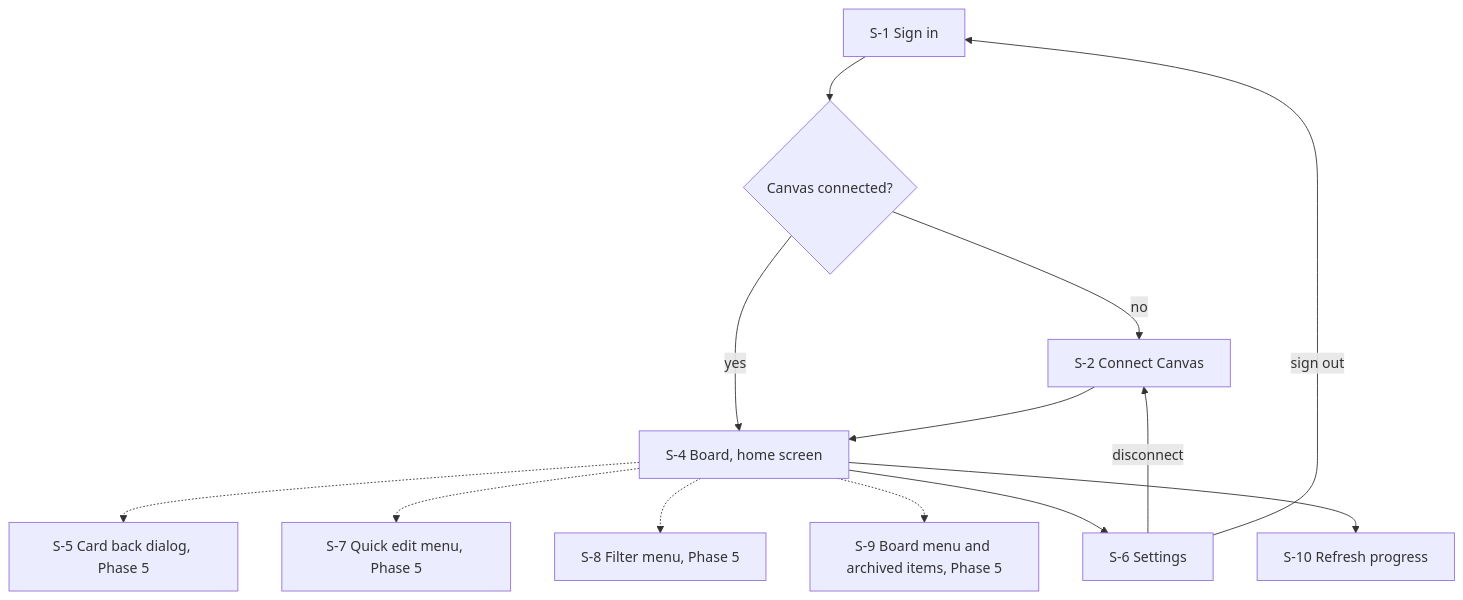
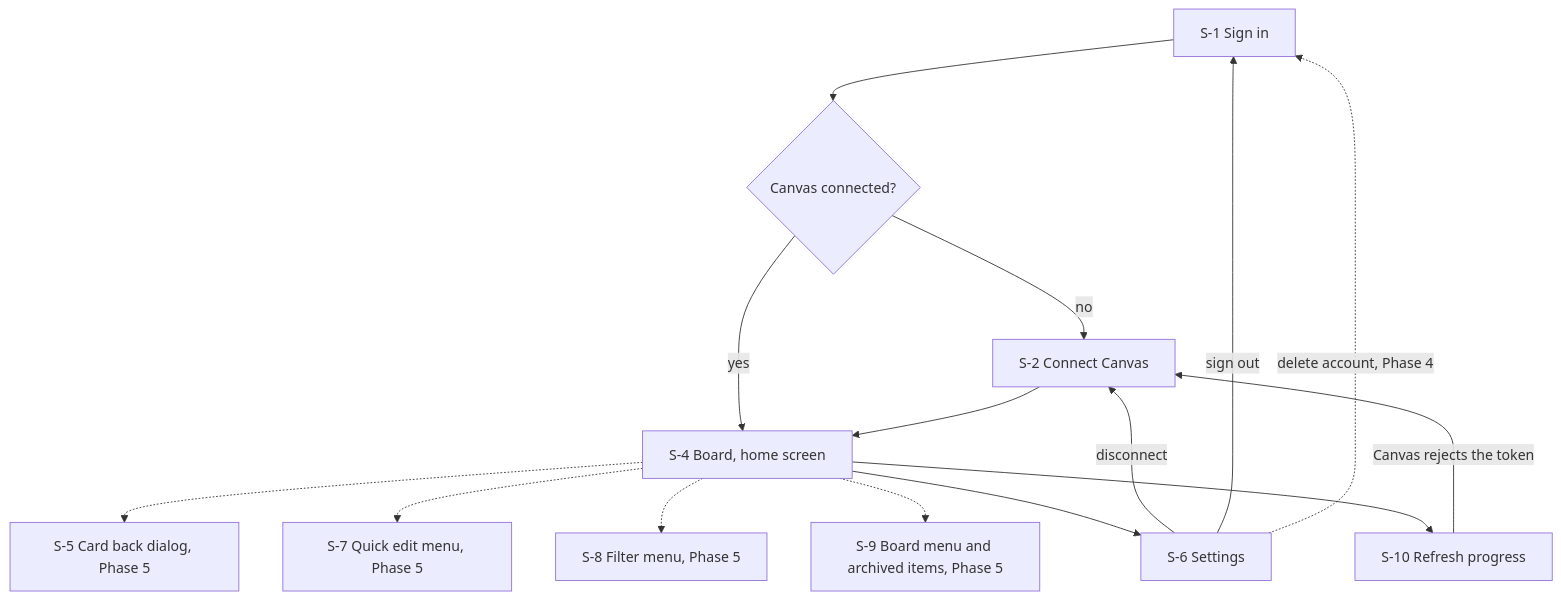
One commit to bbranton/TestProj changed the first of 9 diagrams in docs/canvas-portal/04-ui-specification.md. Above: the diagram before and after it, drawn with Mermaid. The commit also changed other lines of this file, not shown here.

````diff
--- a/docs/canvas-portal/04-ui-specification.md
+++ b/docs/canvas-portal/04-ui-specification.md
@@ -18,15 +35,17 @@
 ```mermaid
 flowchart TD
     S1[S-1 Sign in] --> Q{Canvas connected?}
     Q -- no --> S2[S-2 Connect Canvas]
     Q -- yes --> S4[S-4 Board, home screen]
     S2 --> S4
     S4 -.-> S5[S-5 Card back dialog, Phase 5]
     S4 -.-> S7[S-7 Quick edit menu, Phase 5]
     S4 -.-> S8[S-8 Filter menu, Phase 5]
     S4 -.-> S9[S-9 Board menu and archived items, Phase 5]
     S4 --> S6[S-6 Settings]
     S4 --> S10[S-10 Refresh progress]
+    S10 -- Canvas rejects the token --> S2
     S6 -- disconnect --> S2
     S6 -- sign out --> S1
+    S6 -. delete account, Phase 4 .-> S1
 ```
````
